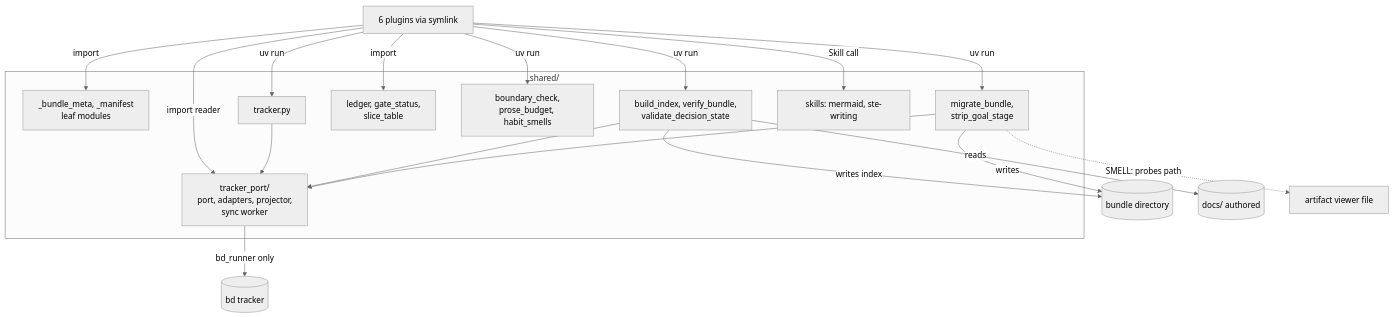
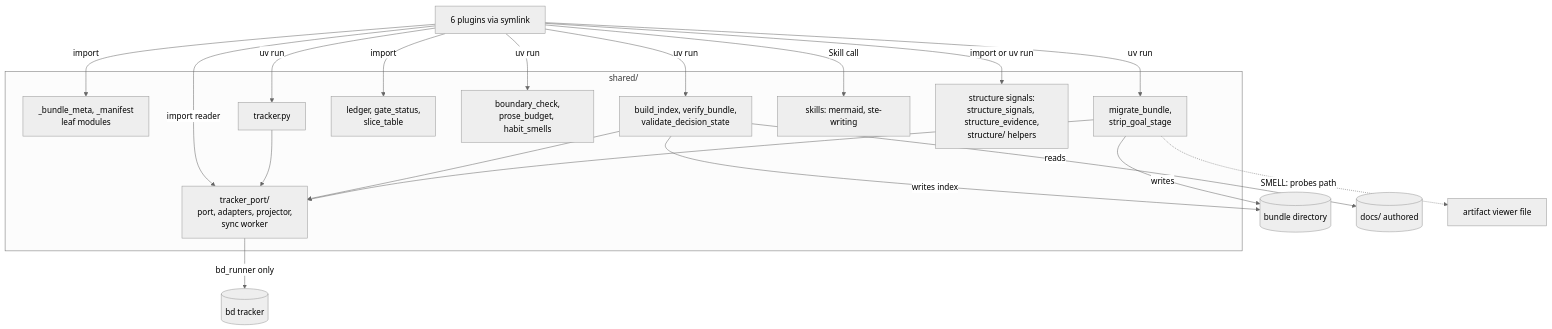
Before and after one commit to bjornslib/cobuilder-plugin: the first of 2 diagrams in docs/architecture/contexts/shared/canvas.md, drawn with Mermaid (neutral theme). The commit also changed other lines of this file and 3 other files, not shown here.

````diff
--- a/docs/architecture/contexts/shared/canvas.md
+++ b/docs/architecture/contexts/shared/canvas.md
@@ -89,35 +91,37 @@
 ```mermaid
 flowchart TB
     subgraph sh["shared/"]
         meta["_bundle_meta, _manifest<br/>leaf modules"]
         idx["build_index, verify_bundle,<br/>validate_decision_state"]
         mig["migrate_bundle,<br/>strip_goal_stage"]
         led["ledger, gate_status,<br/>slice_table"]
         chk["boundary_check,<br/>prose_budget, habit_smells"]
         trk["tracker.py"]
         tp["tracker_port/<br/>port, adapters, projector,<br/>sync worker"]
         skl["skills: mermaid, ste-writing"]
+        sx["structure signals:<br/>structure_signals, structure_evidence,<br/>structure/ helpers"]
     end
     plugins["6 plugins via symlink"]
     bundle[("bundle directory")]
     docs[("docs/ authored")]
     bd[("bd tracker")]
     viewer["artifact viewer file"]
 
     plugins -->|import| meta
     plugins -->|import| led
     plugins -->|import reader| tp
     plugins -->|uv run| idx
     plugins -->|uv run| mig
     plugins -->|uv run| chk
     plugins -->|uv run| trk
     plugins -->|Skill call| skl
+    plugins -->|import or uv run| sx
     trk --> tp
     idx --> tp
     mig --> tp
     tp -->|bd_runner only| bd
     idx -->|reads| docs
     idx -->|writes index| bundle
     mig -->|writes| bundle
     mig -.->|SMELL: probes path| viewer
 ```
````
